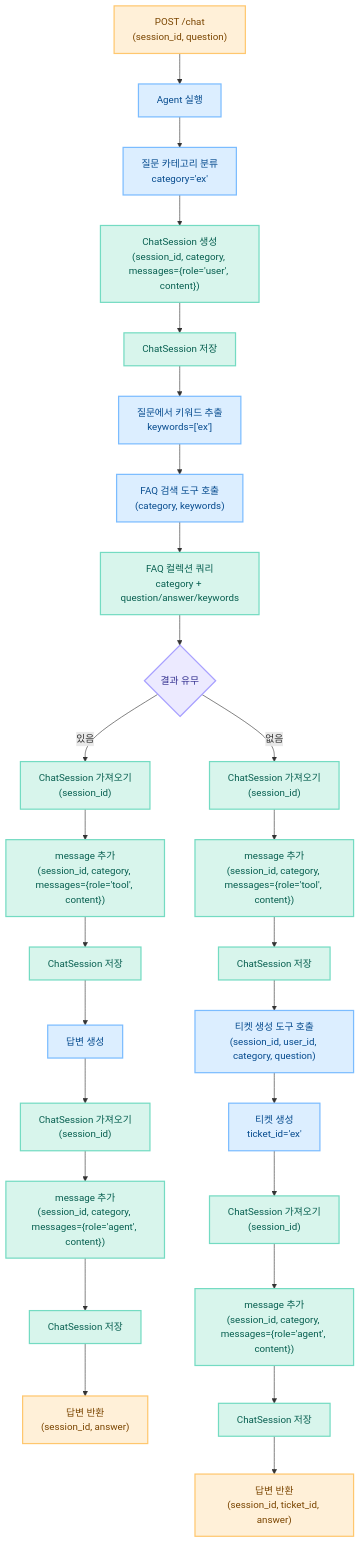
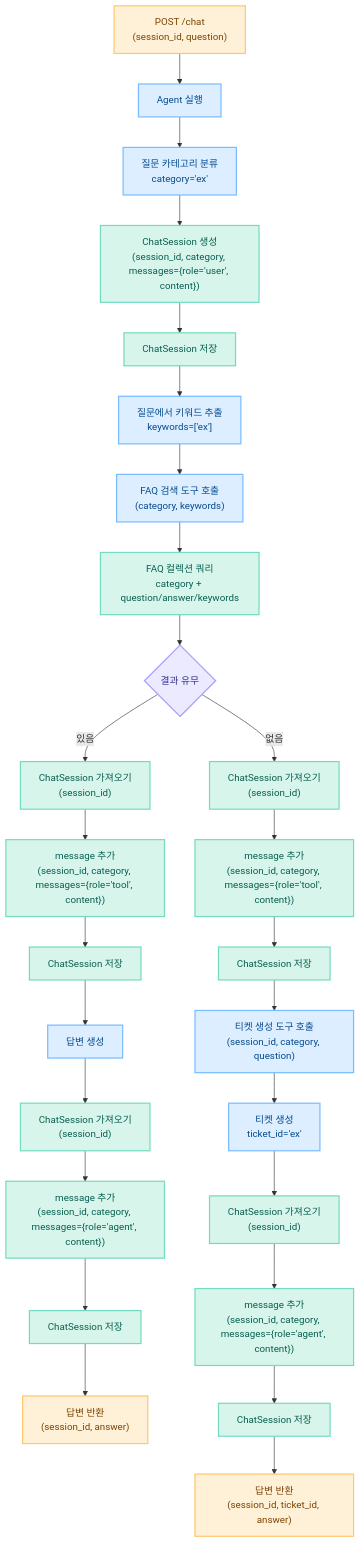
One commit to yuminvoke/practice changed the diagram in HelpDesk/README.md. Above: the diagram before and after it, drawn with Mermaid. The commit also changed 1 other file, not shown here.

Commit message:
fix: update DB model

````diff
--- a/HelpDesk/README.md
+++ b/HelpDesk/README.md
@@ -1,41 +1,41 @@
 ```mermaid
 flowchart TD
     %% Legend: API=yellow, Agent=blue, MongoDB=green, Monitoring=gray
     
     0["POST /chat<br/>(session_id, question) "]:::api
     0 --> 10["Agent 실행"]:::agent
     
     10 --> 20["질문 카테고리 분류<br/>category='ex'"]:::agent
     20 --> 22["ChatSession 생성<br/>(session_id, category, messages={role='user', content})"]:::mongodb
     22 --> 23["ChatSession 저장"]:::mongodb
     
     23 --> 25["질문에서 키워드 추출<br/>keywords=['ex']"]:::agent
     25 --> 30["FAQ 검색 도구 호출<br/>(category, keywords)"]:::agent
     30 --> 40["FAQ 컬렉션 쿼리<br/>category + question/answer/keywords"]:::mongodb
     40 --> 50{"결과 유무"}:::branch
     
     50 -->|있음| 60["ChatSession 가져오기<br/>(session_id)"]:::mongodb
     60 --> 65["message 추가<br/>(session_id, category, messages={role='tool', content})"]:::mongodb
     65 --> 70["ChatSession 저장"]:::mongodb
     70 --> 80["답변 생성"]:::agent
     80 --> 90["ChatSession 가져오기<br/>(session_id)"]:::mongodb
     90 --> 100["message 추가<br/>(session_id, category, messages={role='agent', content})"]:::mongodb
     100 --> 110["ChatSession 저장"]:::mongodb
     110 --> 120["답변 반환<br/>(session_id, answer)"]:::api
     
     50 -->|없음| 130["ChatSession 가져오기<br/>(session_id)"]:::mongodb
     130 --> 140["message 추가<br/>(session_id, category, messages={role='tool', content})"]:::mongodb
     140 --> 150["ChatSession 저장"]:::mongodb
-    150 --> 160["티켓 생성 도구 호출<br/>(session_id, user_id, category, question)"]:::agent
+    150 --> 160["티켓 생성 도구 호출<br/>(session_id, category, question)"]:::agent
     160 --> 170["티켓 생성<br/>ticket_id='ex'"]:::agent
     170 --> 180["ChatSession 가져오기<br/>(session_id)"]:::mongodb
     180 --> 190["message 추가<br/>(session_id, category, messages={role='agent', content})"]:::mongodb
     190 --> 200["ChatSession 저장"]:::mongodb
     200 --> 210["답변 반환<br/>(session_id, ticket_id, answer)"]:::api
     
     classDef api fill:#fff0d8,stroke:#ffc76e,color:#7a4500,stroke-width:2px;
     classDef agent fill:#dceeff,stroke:#7bbcff,color:#064b8e,stroke-width:2px;
     classDef mongodb fill:#d8f5ec,stroke:#74dbc2,color:#075f50,stroke-width:2px;
     classDef monitoring fill:#f1f0eb,stroke:#bbb8b0,color:#444,stroke-width:2px;
     classDef branch fill:#eceaff,stroke:#a8a0ff,color:#322f8f,stroke-width:2px;
 ```
````
